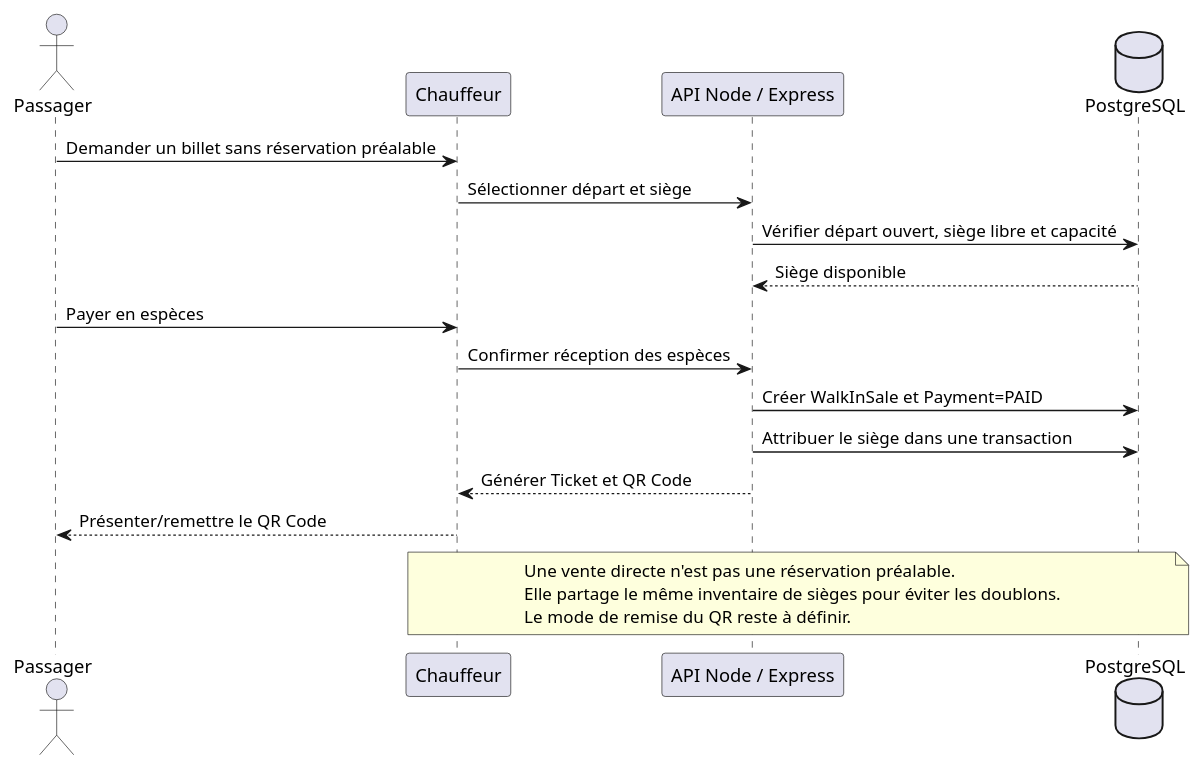
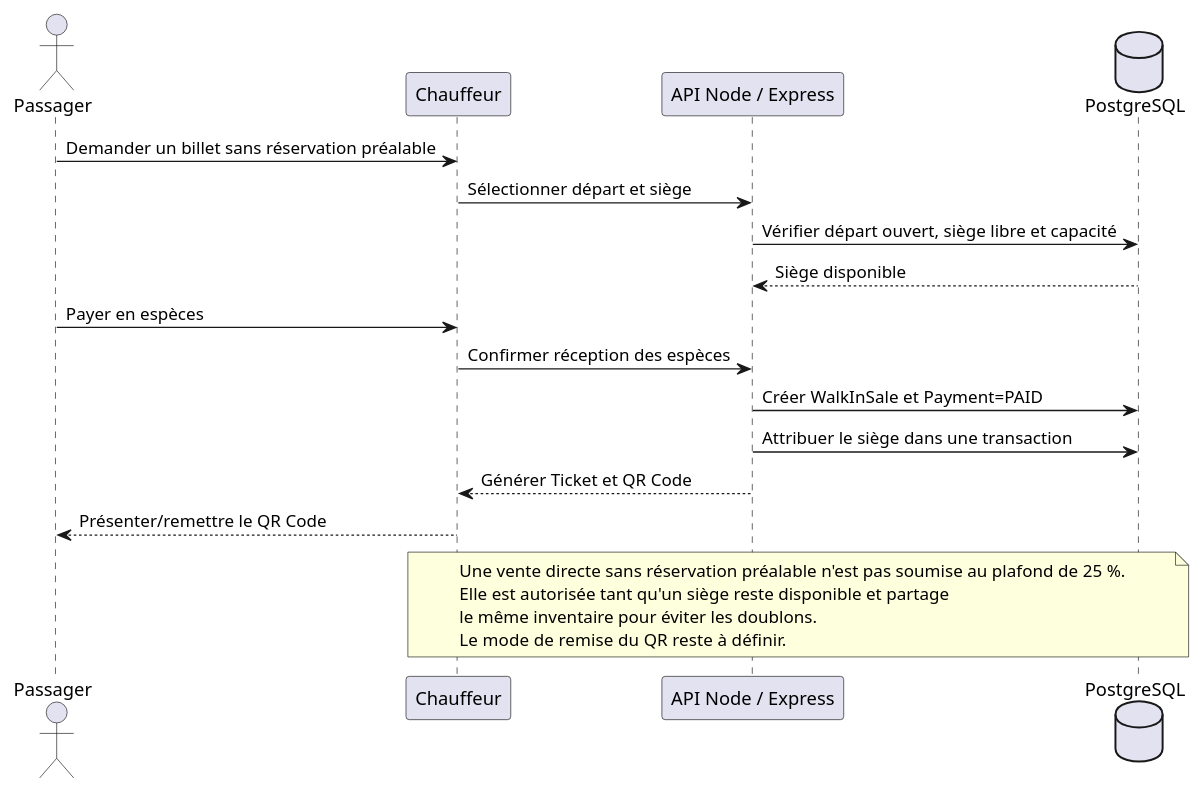
One commit to oussema-gassara/application_transport_devabaselog changed the diagram in docs/uml/03c_sequence_vente_directe_station.puml. Above: the diagram before and after it, drawn with PlantUML. The commit also changed 3 other files, not shown here.

Commit message:
docs(uml): clarify 25% cap for pay-on-site reservations

```diff
--- a/docs/uml/03c_sequence_vente_directe_station.puml
+++ b/docs/uml/03c_sequence_vente_directe_station.puml
@@ -1,21 +1,22 @@
 @startuml
 actor Passager
 participant Chauffeur
 participant "API Node / Express" as API
 database PostgreSQL as DB
 Passager -> Chauffeur: Demander un billet sans réservation préalable
 Chauffeur -> API: Sélectionner départ et siège
 API -> DB: Vérifier départ ouvert, siège libre et capacité
 DB --> API: Siège disponible
 Passager -> Chauffeur: Payer en espèces
 Chauffeur -> API: Confirmer réception des espèces
 API -> DB: Créer WalkInSale et Payment=PAID
 API -> DB: Attribuer le siège dans une transaction
 API --> Chauffeur: Générer Ticket et QR Code
 Chauffeur --> Passager: Présenter/remettre le QR Code
 note over Chauffeur,DB
-Une vente directe n'est pas une réservation préalable.
-Elle partage le même inventaire de sièges pour éviter les doublons.
+Une vente directe sans réservation préalable n'est pas soumise au plafond de 25 %.
+Elle est autorisée tant qu'un siège reste disponible et partage
+le même inventaire pour éviter les doublons.
 Le mode de remise du QR reste à définir.
 end note
 @enduml
```
